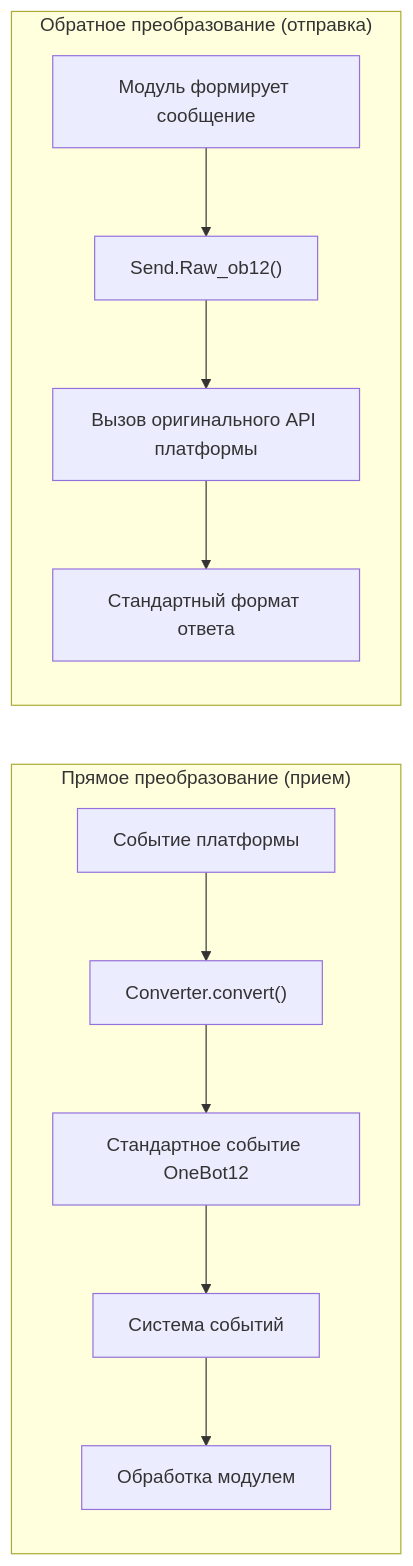
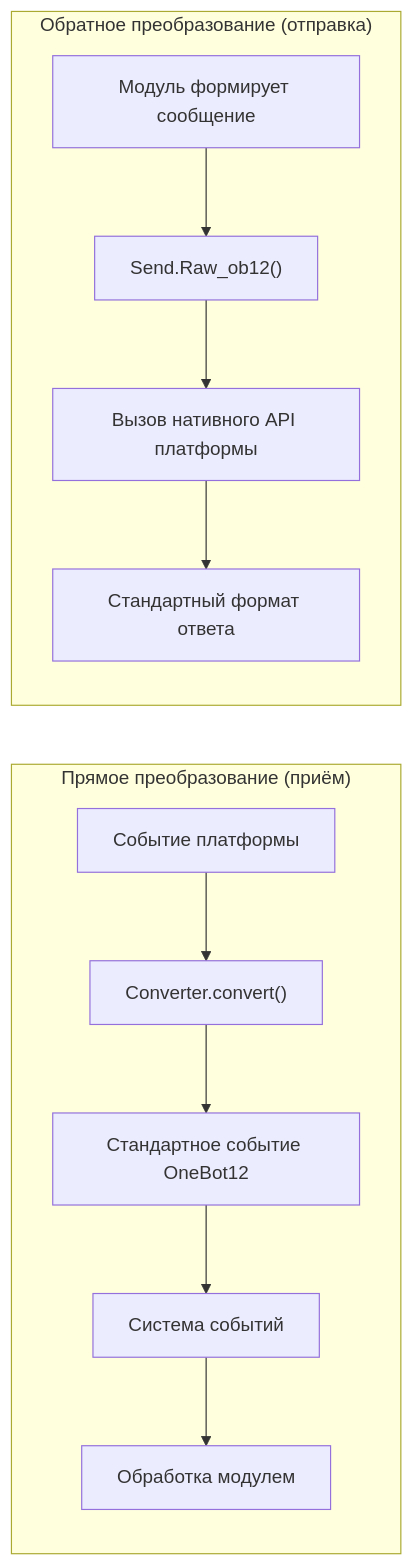
Before and after one commit to ErisPulse/ErisPulse: the first of 3 diagrams in docs/ru/ai-support/skills/erispulse-adapter-dev/SKILL.md, drawn with Mermaid. The commit also changed other lines of this file and 194 other files, not shown here.

````diff
--- a/docs/ru/ai-support/skills/erispulse-adapter-dev/SKILL.md
+++ b/docs/ru/ai-support/skills/erispulse-adapter-dev/SKILL.md
@@ -36,11 +36,11 @@
 ```mermaid
 flowchart LR
-    subgraph receive["Прямое преобразование (прием)"]
+    subgraph receive["Прямое преобразование (приём)"]
         direction TB
         P1["Событие платформы"] --> C1["Converter.convert()"] --> O1["Стандартное событие OneBot12"] --> S1["Система событий"] --> M1["Обработка модулем"]
     end
     subgraph send["Обратное преобразование (отправка)"]
         direction TB
-        M2["Модуль формирует сообщение"] --> R1["Send.Raw_ob12()"] --> N1["Вызов оригинального API платформы"] --> R2["Стандартный формат ответа"]
+        M2["Модуль формирует сообщение"] --> R1["Send.Raw_ob12()"] --> N1["Вызов нативного API платформы"] --> R2["Стандартный формат ответа"]
     end
 ```
````
